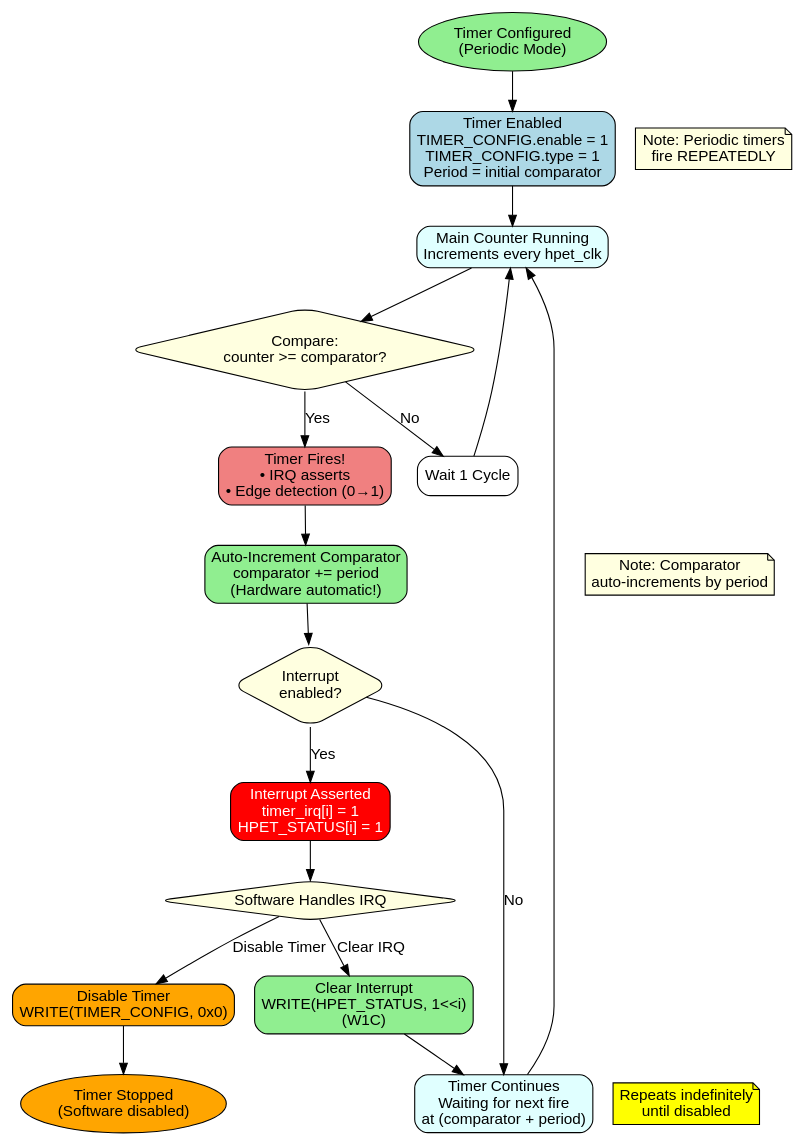
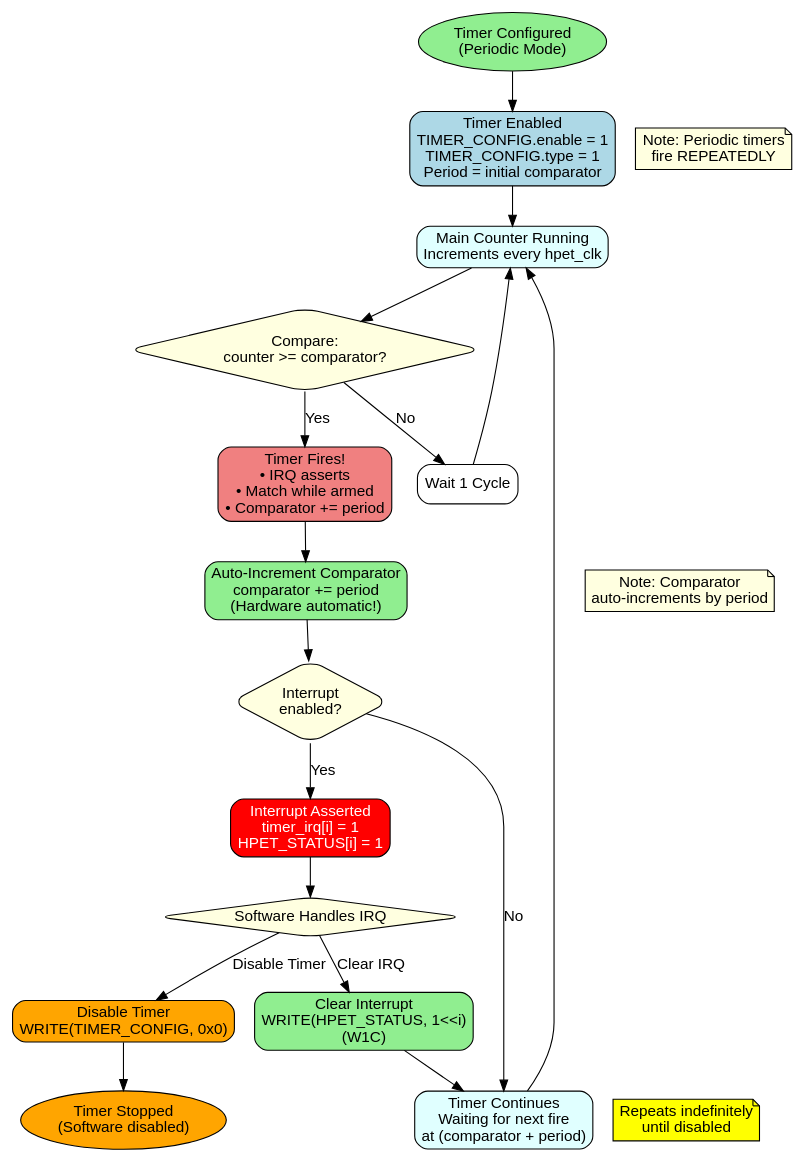
Before and after one commit to sean-galloway/RTLDesignSherpa: the diagram in projects/components/retro_legacy_blocks/docs/hpet_mas/assets/graphviz/periodic_timer.dot, drawn with Graphviz. The commit also changed 44 other files, not shown here.

```diff
--- a/projects/components/retro_legacy_blocks/docs/hpet_mas/assets/graphviz/periodic_timer.dot
+++ b/projects/components/retro_legacy_blocks/docs/hpet_mas/assets/graphviz/periodic_timer.dot
@@ -1,64 +1,64 @@
 // HPET Periodic Timer Operation
 // Render with: dot -Tpng periodic_timer.dot -o periodic_timer.png
 
 digraph periodic_timer {
     rankdir=TB;
     node [shape=box, style="rounded,filled", fillcolor=lightblue, fontname="Arial"];
     edge [fontname="Arial"];
 
     start [label="Timer Configured\n(Periodic Mode)", shape=ellipse, fillcolor=lightgreen];
 
     start -> timer_enabled;
 
     timer_enabled [label="Timer Enabled\nTIMER_CONFIG.enable = 1\nTIMER_CONFIG.type = 1\nPeriod = initial comparator"];
     timer_enabled -> counter_running;
 
     counter_running [label="Main Counter Running\nIncrements every hpet_clk", fillcolor=lightcyan];
     counter_running -> compare;
 
     compare [label="Compare:\ncounter >= comparator?", shape=diamond, fillcolor=lightyellow];
     compare -> wait_cycle [label="No"];
     compare -> fire_detect [label="Yes"];
 
     wait_cycle [label="Wait 1 Cycle", fillcolor=white];
     wait_cycle -> counter_running;
 
-    fire_detect [label="Timer Fires!\n• IRQ asserts\n• Edge detection (0→1)", fillcolor=lightcoral];
+    fire_detect [label="Timer Fires!\n• IRQ asserts\n• Match while armed\n• Comparator += period", fillcolor=lightcoral];
     fire_detect -> auto_increment;
 
     auto_increment [label="Auto-Increment Comparator\ncomparator += period\n(Hardware automatic!)", fillcolor=lightgreen];
     auto_increment -> irq_check;
 
     irq_check [label="Interrupt\nenabled?", shape=diamond, fillcolor=lightyellow];
     irq_check -> irq_assert [label="Yes"];
     irq_check -> continue_running [label="No"];
 
     irq_assert [label="Interrupt Asserted\ntimer_irq[i] = 1\nHPET_STATUS[i] = 1", fillcolor=red, fontcolor=white];
     irq_assert -> sw_action;
 
     sw_action [label="Software Handles IRQ", shape=diamond, fillcolor=lightyellow];
     sw_action -> sw_clear [label="Clear IRQ"];
     sw_action -> sw_disable [label="Disable Timer"];
 
     sw_clear [label="Clear Interrupt\nWRITE(HPET_STATUS, 1<<i)\n(W1C)", fillcolor=lightgreen];
     sw_clear -> continue_running;
 
     sw_disable [label="Disable Timer\nWRITE(TIMER_CONFIG, 0x0)", fillcolor=orange];
     sw_disable -> end;
 
     continue_running [label="Timer Continues\nWaiting for next fire\nat (comparator + period)", fillcolor=lightcyan];
     continue_running -> counter_running;
 
     end [label="Timer Stopped\n(Software disabled)", shape=ellipse, fillcolor=orange];
 
     // Loop annotation
     loop [label="Repeats indefinitely\nuntil disabled", shape=note, fillcolor=yellow, style=filled];
 
     // Notes
     note1 [label="Note: Periodic timers\nfire REPEATEDLY", shape=note, fillcolor=lightyellow, style=filled];
     note2 [label="Note: Comparator\nauto-increments by period", shape=note, fillcolor=lightyellow, style=filled];
 
     {rank=same; timer_enabled; note1;}
     {rank=same; auto_increment; note2;}
     {rank=same; continue_running; loop;}
 }
```
